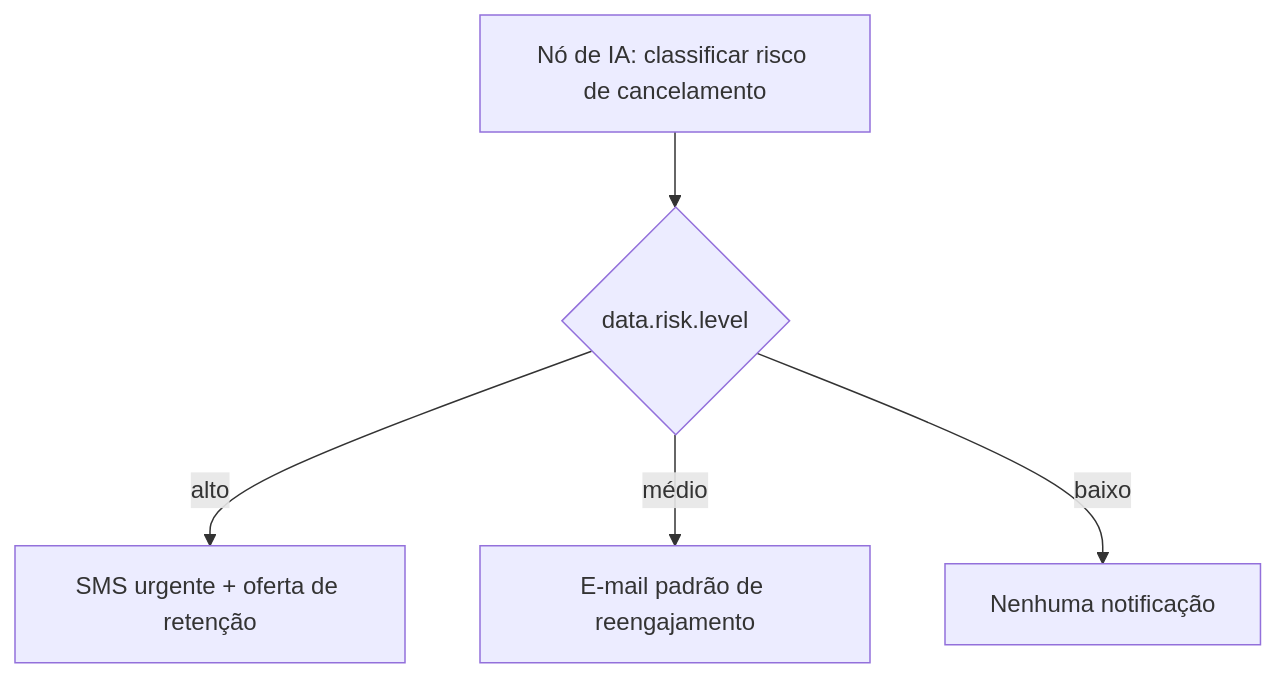
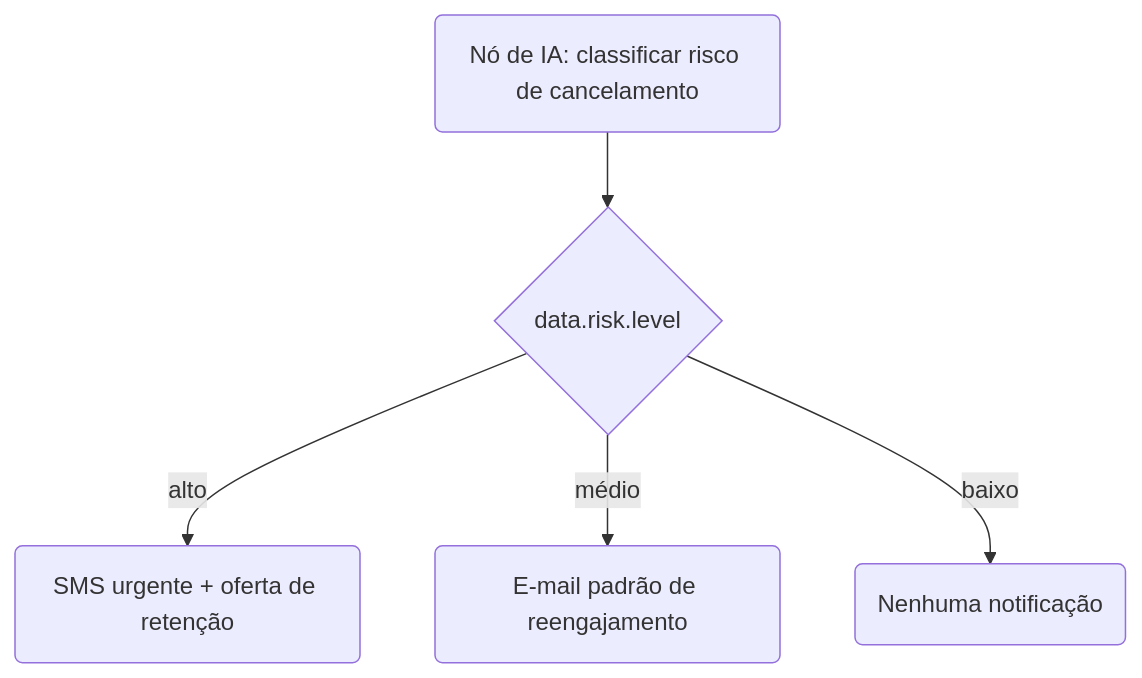
One commit to KriyanshKhunt/nexus_docs changed the second of 2 diagrams in content/docs/pt/platform/features/ai-workflow-node.mdx. Above: the diagram before and after it, drawn with Mermaid. The commit also changed other lines of this file and 20 other files, not shown here.

Commit message:
Handle pt Mermaid charts

````diff
--- a/content/docs/pt/platform/features/ai-workflow-node.mdx
+++ b/content/docs/pt/platform/features/ai-workflow-node.mdx
@@ -67,7 +67,7 @@
 ```mermaid
 flowchart TD
-  AI[Nó de IA: classificar risco de cancelamento] --> C{data.risk.level}
-  C -->|alto| SMS[SMS urgente + oferta de retenção]
-  C -->|médio| Email[E-mail padrão de reengajamento]
-  C -->|baixo| Skip[Nenhuma notificação]
+  AI(Nó de IA: classificar risco de cancelamento) --> C{data.risk.level}
+  C -->|alto| SMS(SMS urgente + oferta de retenção)
+  C -->|médio| Email(E-mail padrão de reengajamento)
+  C -->|baixo| Skip(Nenhuma notificação)
 ```
````
